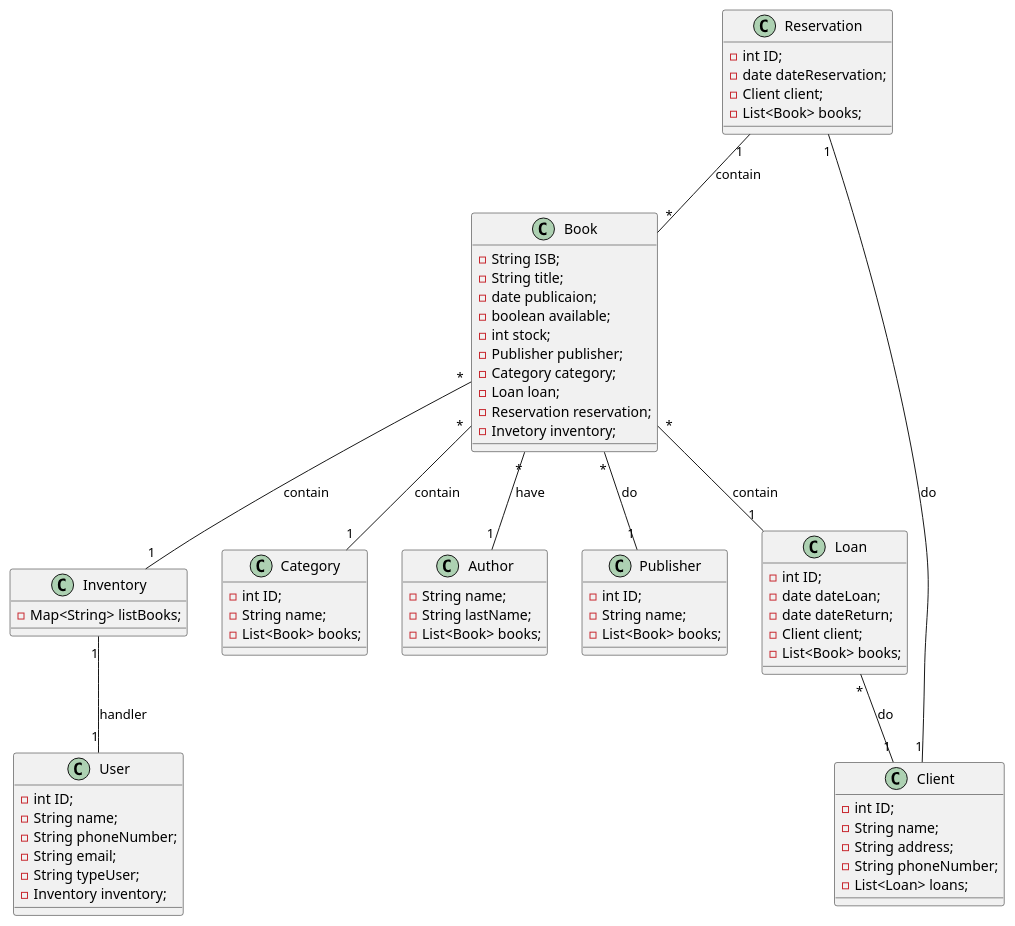
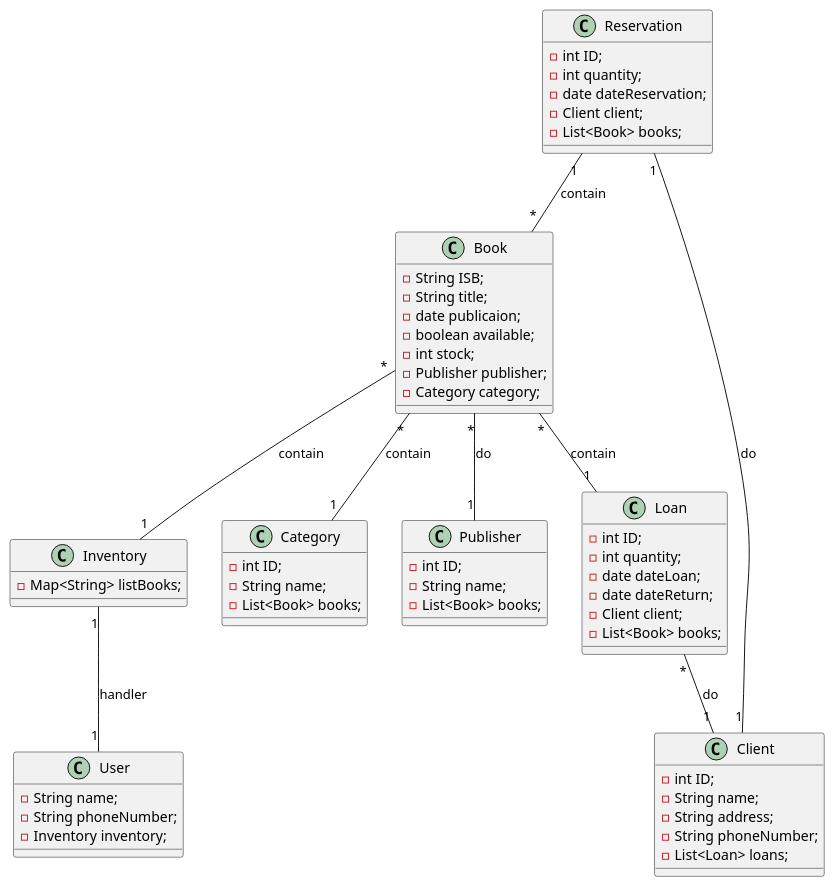
Before and after one commit to Juan-J-Barraza/LibraTech: the diagram in build/classes/co/edu/unicolombo/s3/poo/inventory/library/Docs/diagrams.puml, drawn with PlantUML. The commit also changed 16 other files, not shown here.

```diff
--- a/build/classes/co/edu/unicolombo/s3/poo/inventory/library/Docs/diagrams.puml
+++ b/build/classes/co/edu/unicolombo/s3/poo/inventory/library/Docs/diagrams.puml
@@ -1,93 +1,82 @@
 @startuml ""
 
 
 class Book {
     - String ISB;
     - String title;
     - date publicaion;
     - boolean available;
     - int stock;
     - Publisher publisher;
     - Category category;
-    - Loan loan;
-    - Reservation reservation;
-    - Invetory inventory;
 }
 
 
 class User {
-    - int ID;
     - String name;
     - String phoneNumber;
-    - String email;
-    - String typeUser;
     - Inventory inventory;
 }
 
 class Inventory {
     - Map<String> listBooks; 
 }
 
 
 class Category {
     - int ID;
     - String name;
     - List<Book> books;
-}
-
-class Author {
-    - String name;
-    - String lastName;
-    - List<Book> books; 
 }
 
 
 class Publisher {
     - int ID;
     - String name;
     - List<Book> books;
 }
 
 
 class Client {
     - int ID;
     - String name;
     - String address;
     - String phoneNumber;
     - List<Loan> loans;
 
 }
 
 class Loan {
     - int ID;
+    - int quantity;
     - date dateLoan;
     - date dateReturn;
     - Client client;
     - List<Book> books;
 
 }
 
 class Reservation {
     - int ID;
+    - int quantity;
     - date dateReservation;
     - Client client;
     - List<Book> books;
 }
 
 
 
 ' relatioships
 
-Book "*" -- "1" Author: have
 Book "*" -- "1" Publisher: do
 Book "*" -- "1" Category: contain
 Book "*" -- "1" Loan: contain
 Book "*" -- "1" Inventory: contain
 Loan "*" -- "1" Client: do
 Reservation "1" -- "1" Client: do
 Reservation "1" -- "*" Book: contain
 Inventory "1" -- "1" User: handler
 
 
 
 @enduml
```
